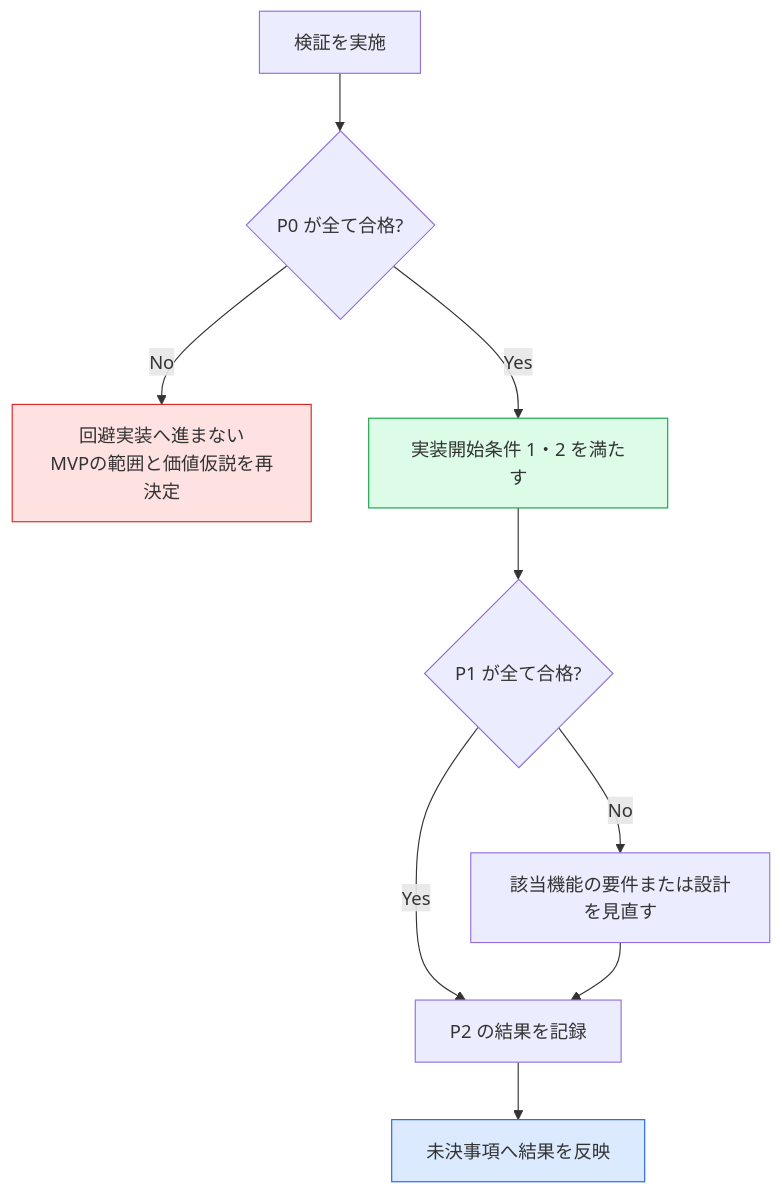
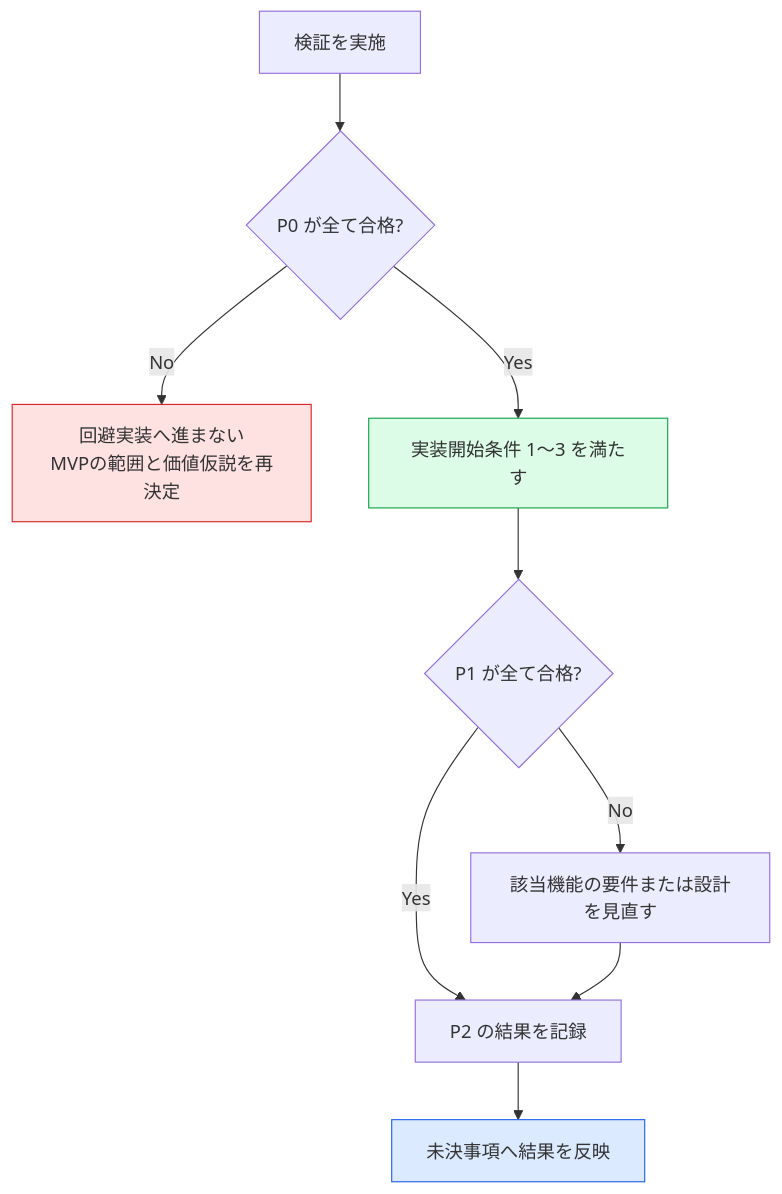
The diagram in docs/project/judge-adapter-verification.md (mgmaru/algo-loom), drawn with Mermaid before and after one commit. The commit also changed other lines of this file and 19 other files, not shown here.

````diff
--- a/docs/project/judge-adapter-verification.md
+++ b/docs/project/judge-adapter-verification.md
@@ -75,15 +85,15 @@
 ```mermaid
 flowchart TD
     A[検証を実施] --> B{P0 が全て合格?}
     B -->|No| X[回避実装へ進まない<br/>MVPの範囲と価値仮説を再決定]
-    B -->|Yes| C[実装開始条件 1・2 を満たす]
+    B -->|Yes| C[実装開始条件 1〜3 を満たす]
     C --> D{P1 が全て合格?}
     D -->|No| E[該当機能の要件または設計を見直す]
     D -->|Yes| F[P2 の結果を記録]
     E --> F
     F --> G[未決事項へ結果を反映]
 
     style X fill:#fee2e2,stroke:#dc2626
     style C fill:#dcfce7,stroke:#16a34a
     style G fill:#dbeafe,stroke:#2563eb
 ```
````
